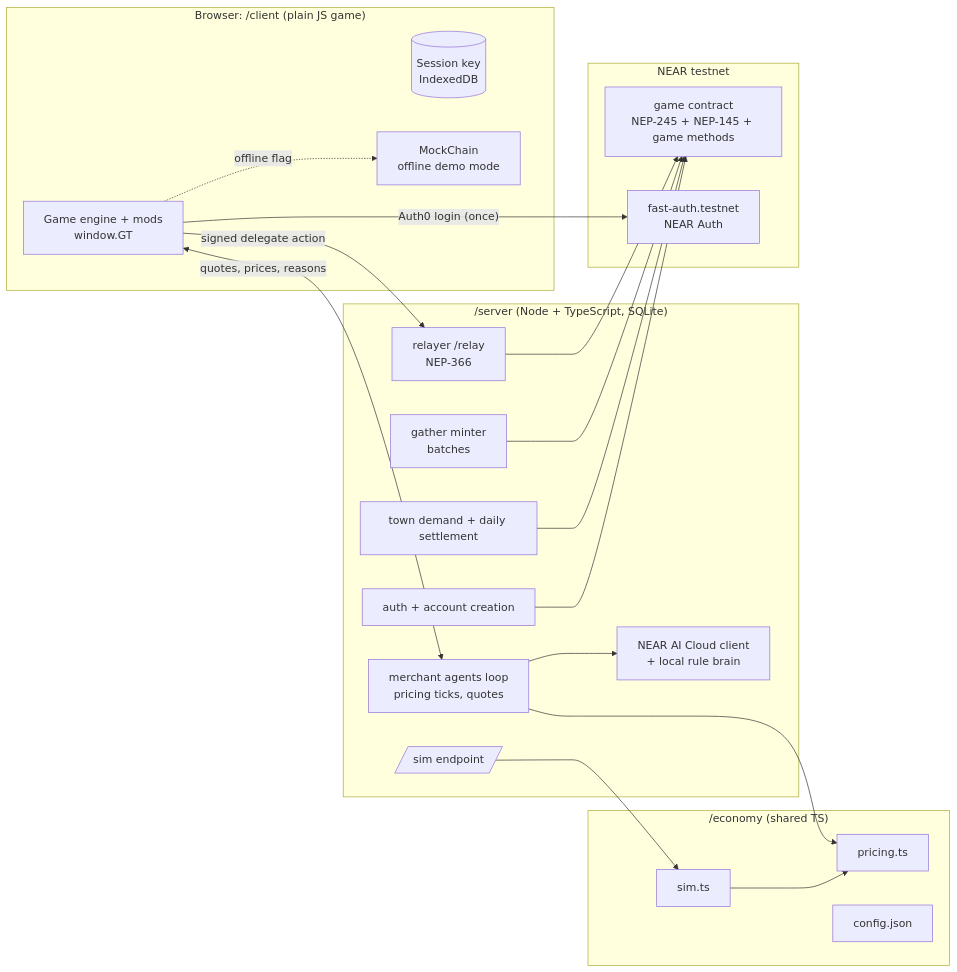
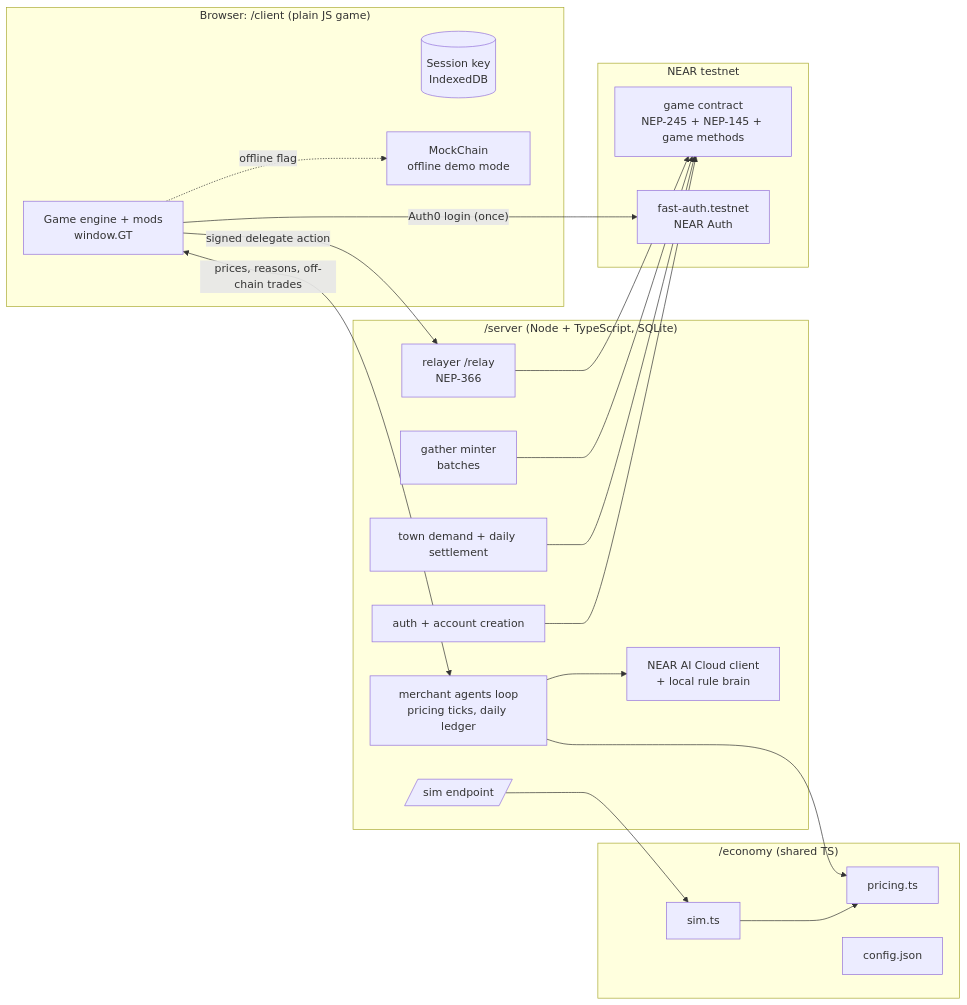
Before and after one commit to leutenantKiya/Genesis-Town: the diagram in docs/architecture.md, drawn with Mermaid. The commit also changed other lines of this file and 5 other files, not shown here.

Commit message:
docs: on-chain/off-chain split with daily settlement, Stardew-style seasons, farm plot, restoration bundles, fullscreen and keybind settings, warmer art direction

````diff
--- a/docs/architecture.md
+++ b/docs/architecture.md
@@ -7,36 +8,36 @@
 ```mermaid
 flowchart LR
   subgraph Browser["Browser: /client (plain JS game)"]
     G[Game engine + mods<br/>window.GT]
     SK[(Session key<br/>IndexedDB)]
     OFF[MockChain<br/>offline demo mode]
   end
   subgraph Server["/server (Node + TypeScript, SQLite)"]
     AUTH[auth + account creation]
     REL[relayer /relay<br/>NEP-366]
-    MER[merchant agents loop<br/>pricing ticks, quotes]
+    MER[merchant agents loop<br/>pricing ticks, daily ledger]
     MINT[gather minter<br/>batches]
     TOWN[town demand + daily settlement]
     AI[NEAR AI Cloud client<br/>+ local rule brain]
     SIM[/sim endpoint/]
   end
   subgraph Econ["/economy (shared TS)"]
     PR[pricing.ts]
     CFG[config.json]
     SM[sim.ts]
   end
   subgraph Chain["NEAR testnet"]
     C[game contract<br/>NEP-245 + NEP-145 + game methods]
     FA[fast-auth.testnet<br/>NEAR Auth]
   end
   G -- "Auth0 login (once)" --> FA
   G -- signed delegate action --> REL --> C
-  G <-- quotes, prices, reasons --> MER
+  G <-- prices, reasons, off-chain trades --> MER
   MER --> PR
   SIM --> SM --> PR
   MINT --> C
   TOWN --> C
   AUTH --> C
   MER --> AI
   G -.offline flag.-> OFF
 ```
````
